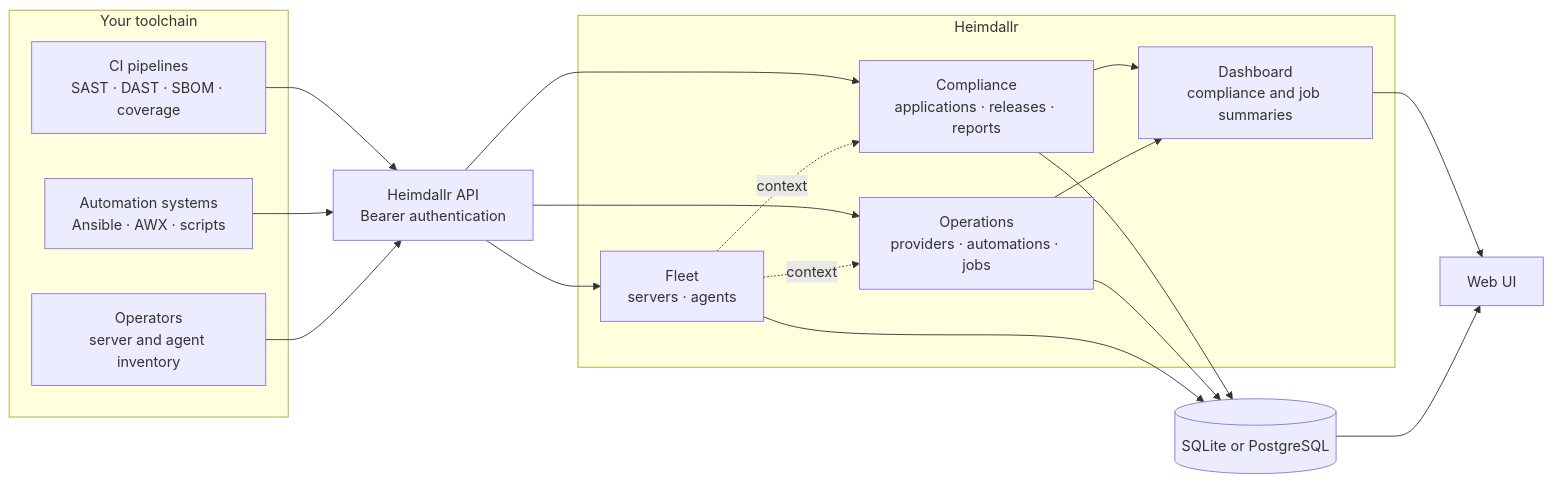
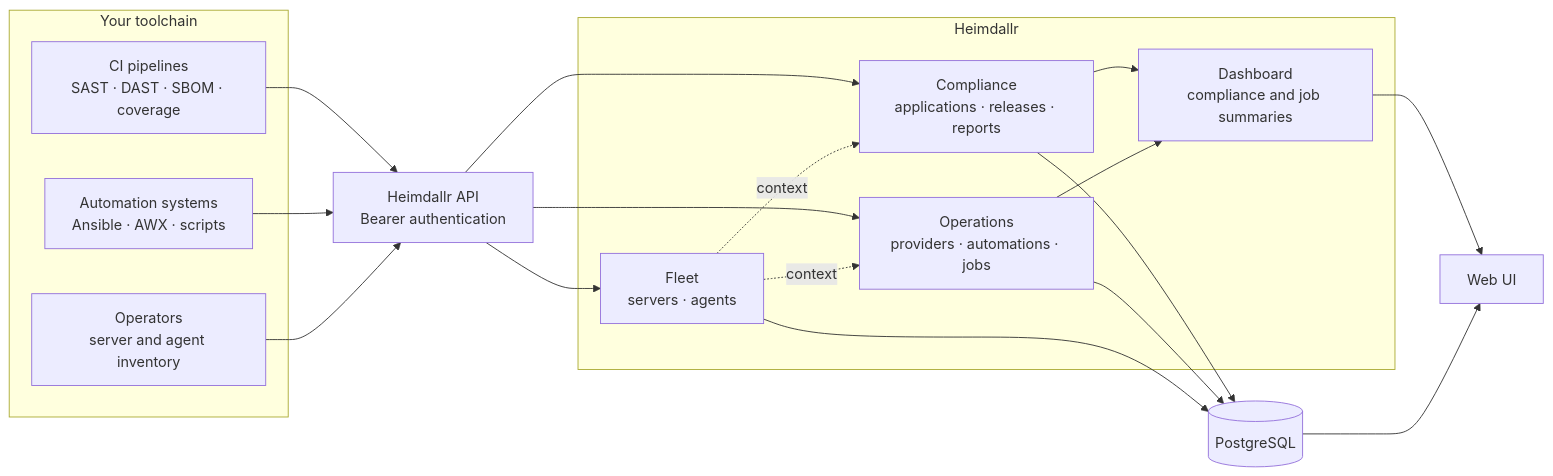
The first of 2 diagrams in README.md (svetlyopet/heimdallr), drawn with Mermaid before and after one commit. The commit also changed other lines of this file and 50 other files, not shown here.

````diff
--- a/README.md
+++ b/README.md
@@ -28,36 +28,36 @@
 ```mermaid
 flowchart LR
   subgraph sources [Your toolchain]
     CI["CI pipelines<br/>SAST · DAST · SBOM · coverage"]
     Automation["Automation systems<br/>Ansible · AWX · scripts"]
     Operators["Operators<br/>server and agent inventory"]
   end
 
   API["Heimdallr API<br/>Bearer authentication"]
 
   subgraph heimdallr [Heimdallr]
     Compliance["Compliance<br/>applications · releases · reports"]
     Operations["Operations<br/>providers · automations · jobs"]
     Fleet["Fleet<br/>servers · agents"]
     Analytics["Dashboard<br/>compliance and job summaries"]
   end
 
-  Storage[("SQLite or PostgreSQL")]
+  Storage[("PostgreSQL")]
   UI["Web UI"]
 
   CI --> API
   Automation --> API
   Operators --> API
   API --> Compliance
   API --> Operations
   API --> Fleet
   Compliance --> Analytics
   Operations --> Analytics
   Fleet -. context .-> Compliance
   Fleet -. context .-> Operations
   Compliance --> Storage
   Operations --> Storage
   Fleet --> Storage
   Analytics --> UI
   Storage --> UI
 ```
````
